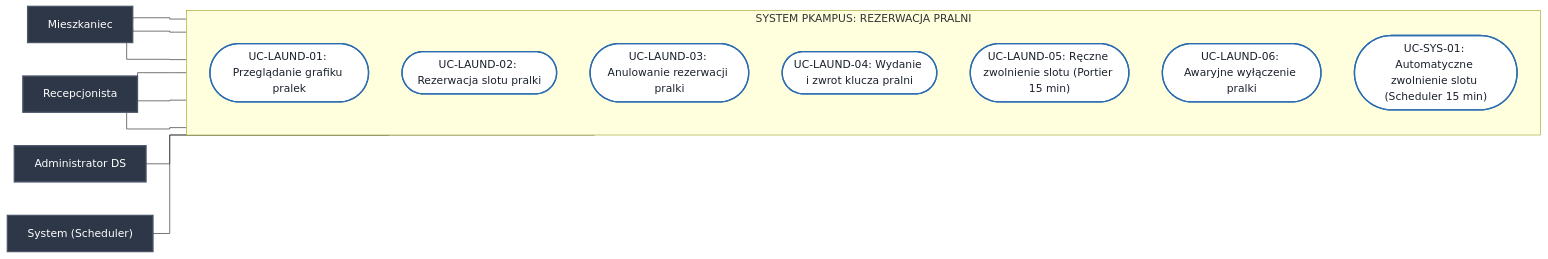
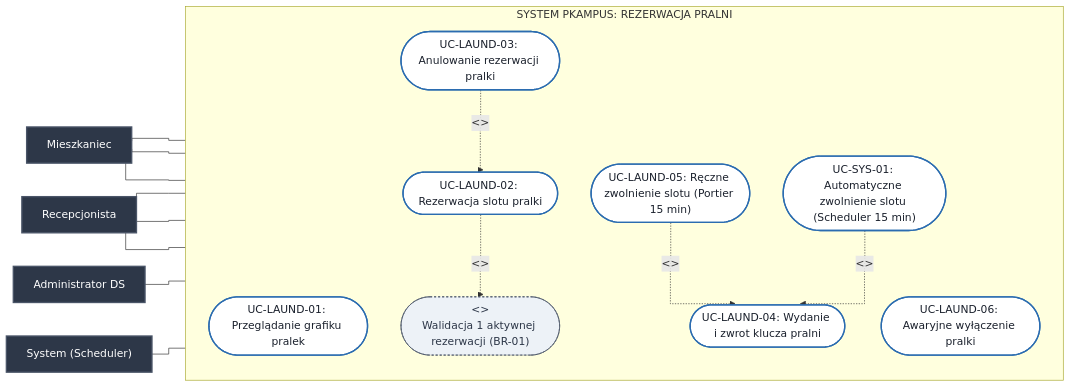
One commit to Buczy8/PKampus changed the fourth of 9 diagrams in Docs/Diagramy_Przypadkow_Uzycia.md. Above: the diagram before and after it, drawn with Mermaid. The commit also changed other lines of this file and 2 other files, not shown here.

Commit message:
docs: add state machine diagrams for user account, laundry booking, room booking, issue reporting, and sanctions lifecycle

````diff
--- a/Docs/Diagramy_Przypadkow_Uzycia.md
+++ b/Docs/Diagramy_Przypadkow_Uzycia.md
@@ -111,33 +142,40 @@
 ```mermaid
 %%{init: {'flowchart': {'curve': 'stepBefore'}}}%%
 flowchart LR
     classDef actorStyle fill:#2d3748,stroke:#4a5568,stroke-width:2px,color:#fff;
     classDef ucStyle fill:#fff,stroke:#2b6cb0,stroke-width:2px,color:#1a202c;
+    classDef subUcStyle fill:#edf2f7,stroke:#4a5568,stroke-width:1px,stroke-dasharray: 3 3,color:#2d3748;
 
     Student["Mieszkaniec"]:::actorStyle
 
     subgraph System_Laundry ["SYSTEM PKAMPUS: REZERWACJA PRALNI"]
         direction TB
         UC_LAUND_01(["UC-LAUND-01: Przeglądanie grafiku pralek"]):::ucStyle
         UC_LAUND_02(["UC-LAUND-02: Rezerwacja slotu pralki"]):::ucStyle
+        UC_INC_BR01(["<<include>><br/>Walidacja 1 aktywnej rezerwacji (BR-01)"]):::subUcStyle
         UC_LAUND_03(["UC-LAUND-03: Anulowanie rezerwacji pralki"]):::ucStyle
         UC_LAUND_04(["UC-LAUND-04: Wydanie i zwrot klucza pralni"]):::ucStyle
         UC_LAUND_05(["UC-LAUND-05: Ręczne zwolnienie slotu (Portier 15 min)"]):::ucStyle
         UC_LAUND_06(["UC-LAUND-06: Awaryjne wyłączenie pralki"]):::ucStyle
         UC_SYS_01(["UC-SYS-01: Automatyczne zwolnienie slotu (Scheduler 15 min)"]):::ucStyle
+
+        UC_LAUND_02 -.->|"<<include>>"| UC_INC_BR01
+        UC_LAUND_03 -.->|"<<extend>>"| UC_LAUND_02
+        UC_LAUND_05 -.->|"<<extend>>"| UC_LAUND_04
+        UC_SYS_01 -.->|"<<extend>>"| UC_LAUND_04
     end
 
     Portier["Recepcjonista"]:::actorStyle
     AdminDS["Administrator DS"]:::actorStyle
     Sys["System (Scheduler)"]:::actorStyle
 
     Student --- UC_LAUND_01
     Student --- UC_LAUND_02
     Student --- UC_LAUND_03
 
     Portier --- UC_LAUND_04
     Portier --- UC_LAUND_05
     Portier --- UC_LAUND_06
     AdminDS --- UC_LAUND_06
     Sys --- UC_SYS_01
 ```
````
